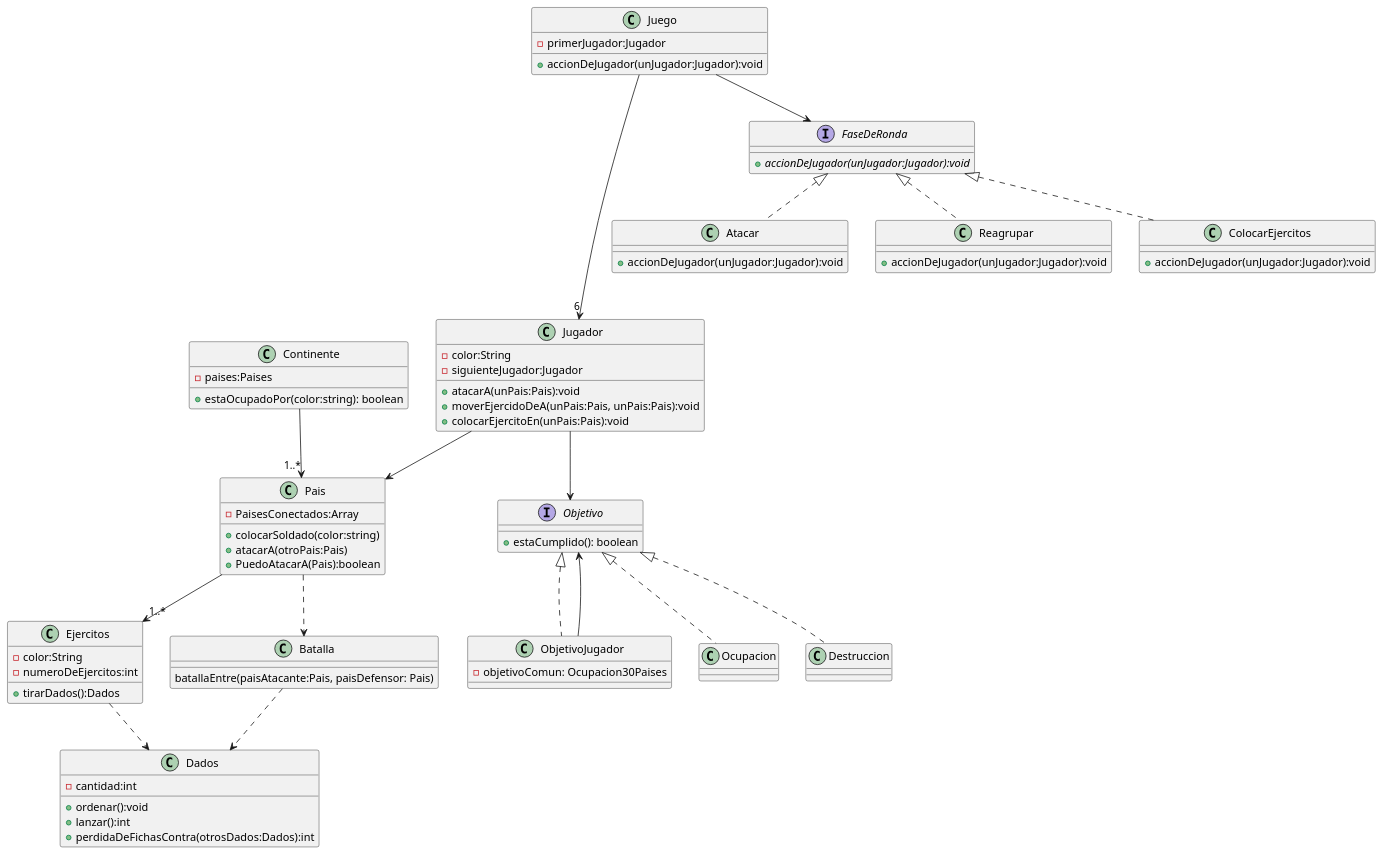
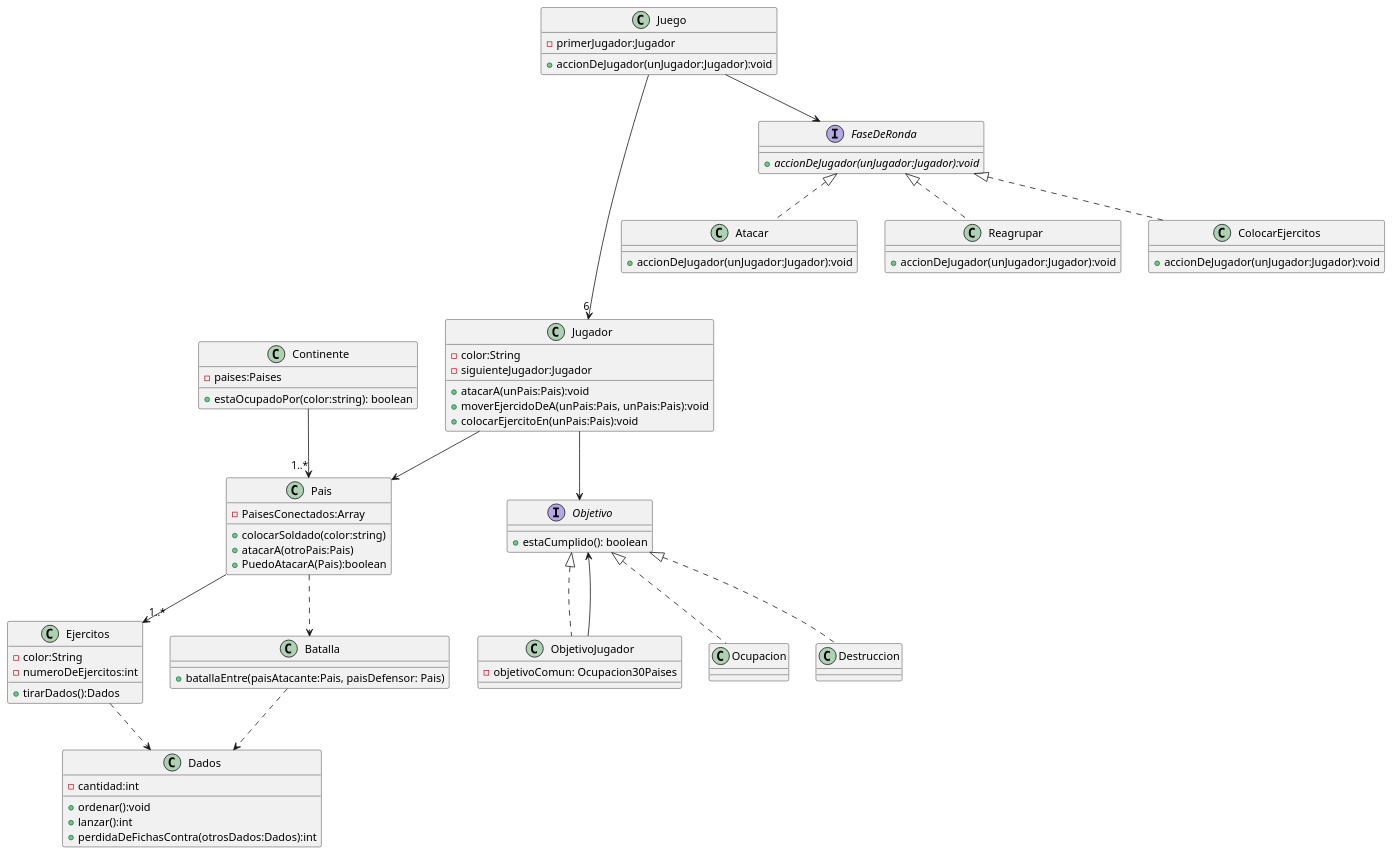
One commit to julia-valdo/Algoritmos-3.TP2 changed the diagram in Classes.puml. Above: the diagram before and after it, drawn with PlantUML. The commit also changed 1 other file, not shown here.

Commit message:
Mensajes new en el diagrama de secuencia agregados

```diff
--- a/Classes.puml
+++ b/Classes.puml
@@ -1,98 +1,98 @@
 @startuml
 'https://plantuml.com/class-diagram
 
 class Juego{
 -primerJugador:Jugador
 +accionDeJugador(unJugador:Jugador):void
 }
 
 class Jugador{
 -color:String
 -siguienteJugador:Jugador
 +atacarA(unPais:Pais):void
 +moverEjercidoDeA(unPais:Pais, unPais:Pais):void
 +colocarEjercitoEn(unPais:Pais):void
 }
 
 class Ejercitos{
 -color:String
 -numeroDeEjercitos:int
 +tirarDados():Dados
 }
 
 
 class Pais{
 -PaisesConectados:Array
 +colocarSoldado(color:string)
 +atacarA(otroPais:Pais)
 +PuedoAtacarA(Pais):boolean
 }
 
 
 class ObjetivoJugador{
 -objetivoComun: Ocupacion30Paises
 
 }
 
 class Dados{
 -cantidad:int
 +ordenar():void
 +lanzar():int
 +perdidaDeFichasContra(otrosDados:Dados):int
 }
 
 class Continente{
 -paises:Paises
 + estaOcupadoPor(color:string): boolean
 }
 
 interface FaseDeRonda{
 +{abstract} accionDeJugador(unJugador:Jugador):void
 }
 
 interface Objetivo{
 + estaCumplido(): boolean
 }
 
 class Atacar{
 +accionDeJugador(unJugador:Jugador):void
 }
 
 class Reagrupar{
 +accionDeJugador(unJugador:Jugador):void
 }
 
 class ColocarEjercitos{
 +accionDeJugador(unJugador:Jugador):void
 }
 
 class Batalla{
-    batallaEntre(paisAtacante:Pais, paisDefensor: Pais)
++batallaEntre(paisAtacante:Pais, paisDefensor: Pais)
 }
 
 Juego ---->"6" Jugador
 Juego --> FaseDeRonda
 
 FaseDeRonda <|.. Atacar
 FaseDeRonda <|.. Reagrupar
 FaseDeRonda <|.. ColocarEjercitos
 
 
 Jugador --> Pais
 Jugador --> Objetivo
 
 
 Pais --> "1..*"Ejercitos
 
 Objetivo <|.. ObjetivoJugador
 Objetivo <|.. Ocupacion
 Objetivo <|.. Destruccion
 ObjetivoJugador --> Objetivo
 
 Pais ..> Batalla
 Ejercitos ..> Dados
 Batalla ..> Dados
 
 Continente --> "1..*" Pais
 
 @enduml
```
